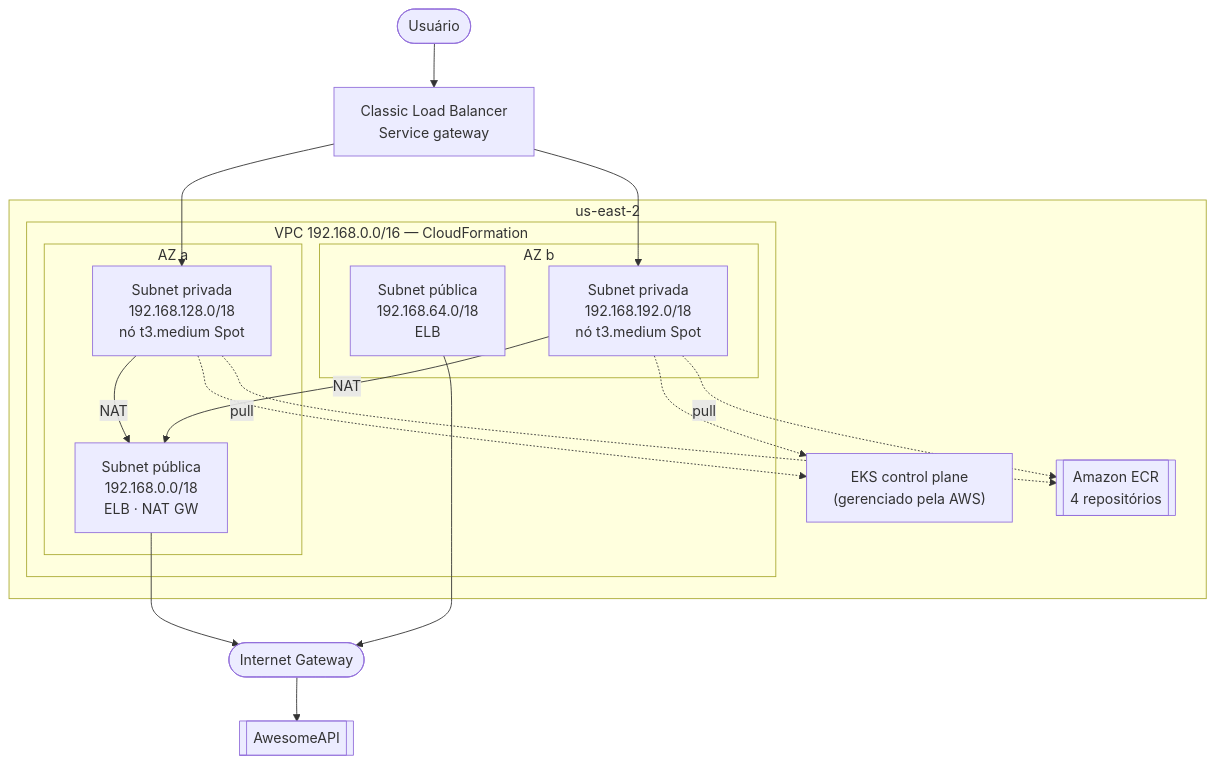
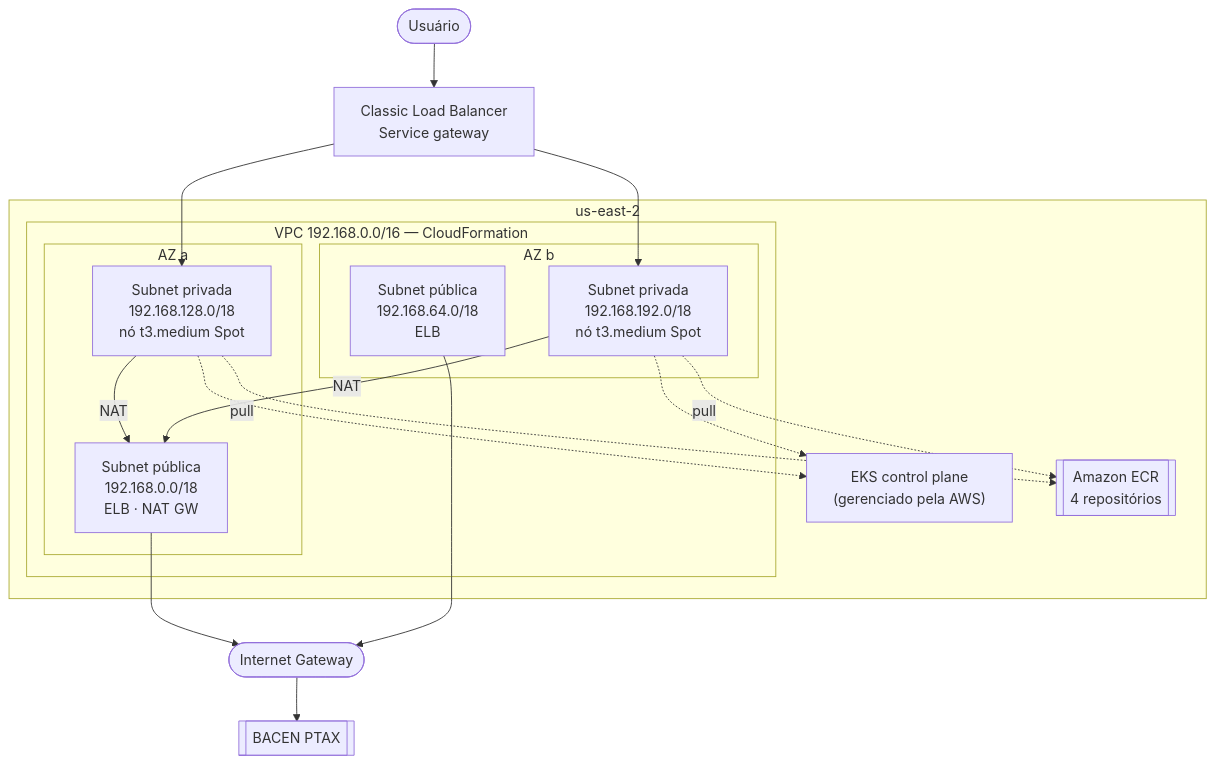
The diagram in docs/projeto/eks.md (EuMiguelll/Projeto-PMA), drawn with Mermaid before and after one commit. The commit also changed other lines of this file and 15 other files, not shown here.

First line of the commit message:
Exchange no PTAX do BACEN: sem API key nem Secret

````diff
--- a/docs/projeto/eks.md
+++ b/docs/projeto/eks.md
@@ -11,23 +11,23 @@
 ```mermaid
 flowchart TB
     user([Usuário]) --> elb
     subgraph region [us-east-2]
         subgraph vpc [VPC 192.168.0.0/16 — CloudFormation]
             subgraph az1 [AZ a]
                 pub1["Subnet pública<br/>192.168.0.0/18<br/>ELB · NAT GW"]
                 priv1["Subnet privada<br/>192.168.128.0/18<br/>nó t3.medium Spot"]
             end
             subgraph az2 [AZ b]
                 pub2["Subnet pública<br/>192.168.64.0/18<br/>ELB"]
                 priv2["Subnet privada<br/>192.168.192.0/18<br/>nó t3.medium Spot"]
             end
         end
         cp["EKS control plane<br/>(gerenciado pela AWS)"]
         ecr[["Amazon ECR<br/>4 repositórios"]]
     end
     elb["Classic Load Balancer<br/>Service gateway"] --> priv1 & priv2
     priv1 & priv2 -.-> cp
     priv1 & priv2 -.->|pull| ecr
     priv1 & priv2 -->|NAT| pub1
-    pub1 & pub2 --> igw([Internet Gateway]) --> awesome[[AwesomeAPI]]
+    pub1 & pub2 --> igw([Internet Gateway]) --> bcb[[BACEN PTAX]]
 ```
````
